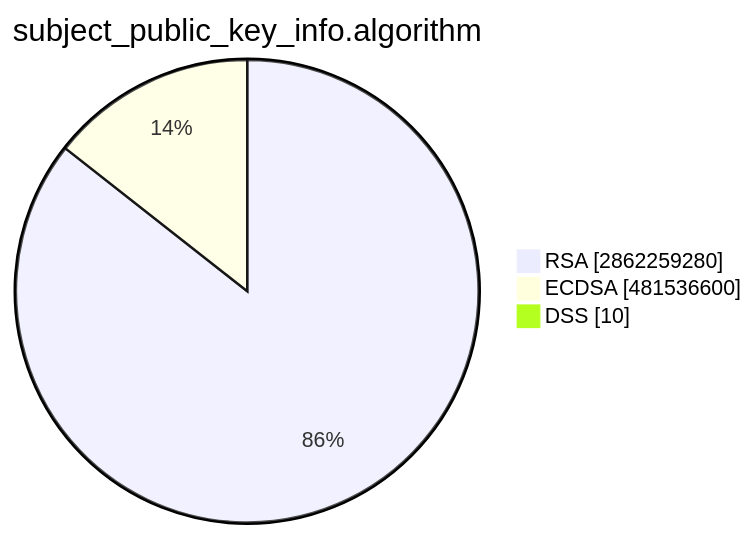
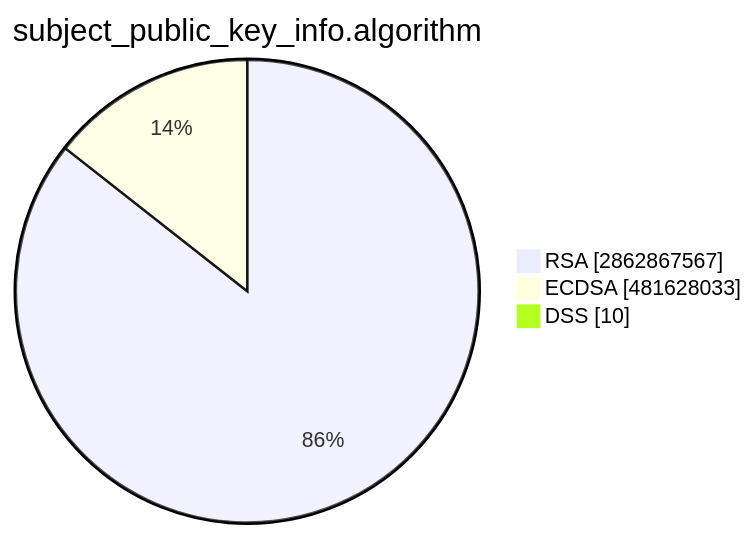
The second of 15 diagrams in TOTAL/README.md (christiankrug/ctmonitor_visualization), drawn with Mermaid before and after one commit. The commit also changed other lines of this file, not shown here.

````diff
--- a/TOTAL/README.md
+++ b/TOTAL/README.md
@@ -6,7 +6,7 @@
 ```mermaid
 pie showData
 title subject_public_key_info.algorithm
-"RSA" :2862259280
-"ECDSA" :481536600
+"RSA" :2862867567
+"ECDSA" :481628033
 "DSS" :10
 ```
````
